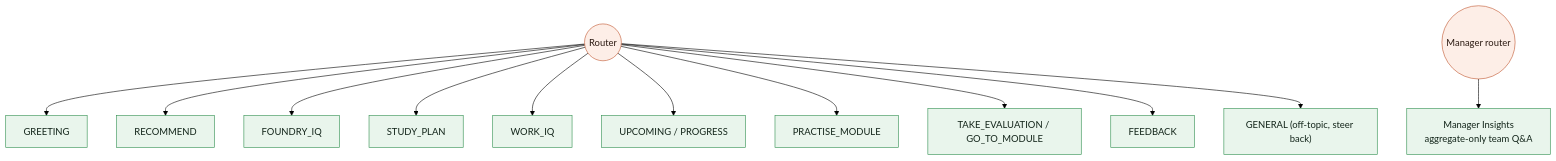
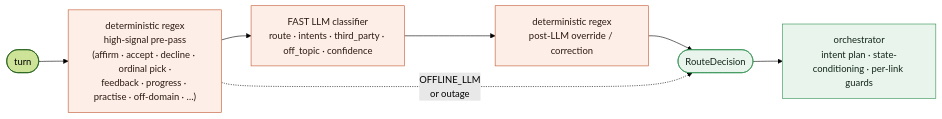
One commit to theCodeForgerHQ/msf-reasoning-agent changed the third of 10 diagrams in README.md. Above: the diagram before and after it, drawn with Mermaid (forest theme). The commit also changed other lines of this file and 2 other files, not shown here.

First line of the commit message:
Enhance insights dashboard and manager workspace

````diff
--- a/README.md
+++ b/README.md
@@ -275,19 +242,13 @@
 ```mermaid
-flowchart TD
+flowchart LR
     classDef r fill:#fdeee7,stroke:#c0562f,color:#2b1a12
-    classDef a fill:#e9f5ec,stroke:#2f8f4e,color:#13251a
+    classDef o fill:#eceff1,stroke:#607d8b,color:#1c2429
+    classDef d fill:#e9f5ec,stroke:#2f8f4e,color:#13251a
 
-    R(("Router")):::r
-    R --> G["GREETING"]:::a
-    R --> RC["RECOMMEND"]:::a
-    R --> F["FOUNDRY_IQ"]:::a
-    R --> SP["STUDY_PLAN"]:::a
-    R --> W["WORK_IQ"]:::a
-    R --> UP["UPCOMING / PROGRESS"]:::a
-    R --> PR["PRACTISE_MODULE"]:::a
-    R --> EV["TAKE_EVALUATION / GO_TO_MODULE"]:::a
-    R --> FB["FEEDBACK"]:::a
-    R --> GE["GENERAL (off-topic, steer back)"]:::a
-
-    MR(("Manager router")):::r --> MI["Manager Insights<br/>aggregate-only team Q&A"]:::a
+    M(["turn"]) --> PRE["deterministic regex<br/>high-signal pre-pass<br/>(affirm · accept · decline · ordinal pick ·<br/>feedback · progress · practise · off-domain · …)"]:::r
+    PRE --> LLM["FAST LLM classifier<br/>route · intents · third_party · off_topic · confidence"]:::r
+    LLM --> POST["deterministic regex<br/>post-LLM override / correction"]:::r
+    POST --> DEC(["RouteDecision"]):::d
+    DEC --> ORCH["orchestrator<br/>intent plan · state-conditioning · per-link guards"]:::d
+    PRE -.->|OFFLINE_LLM<br/>or outage| DEC
 ```
````
